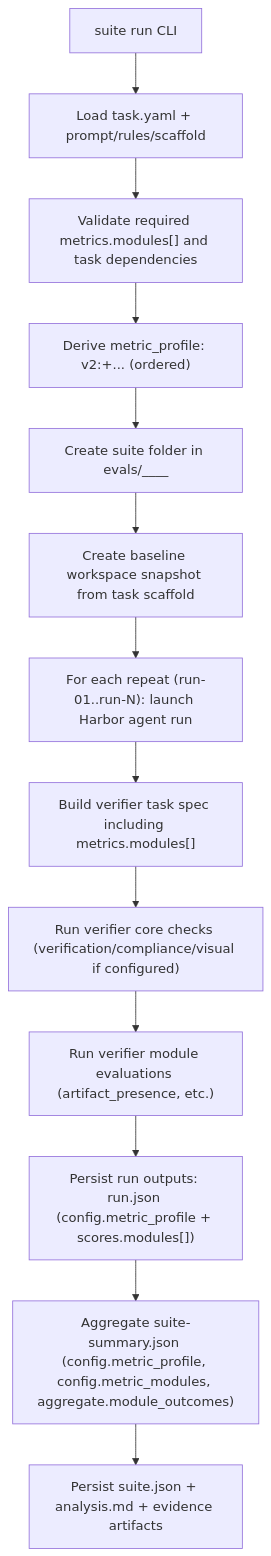
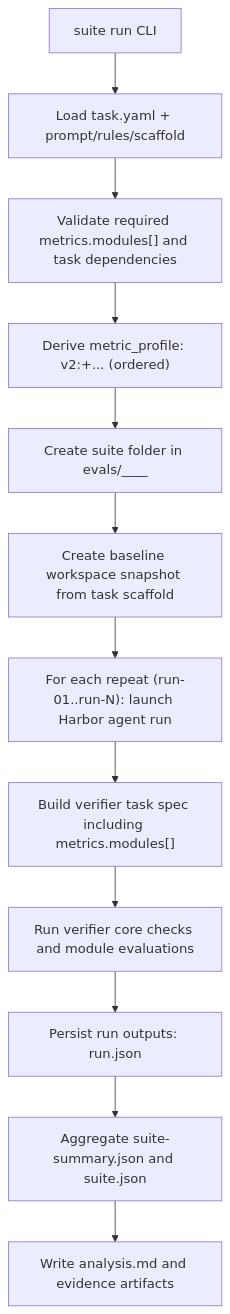
One commit to adam-jackson-cf/raidar changed the diagram in README.md. Above: the diagram before and after it, drawn with Mermaid. The commit also changed other lines of this file and 13 other files, not shown here.

````diff
--- a/README.md
+++ b/README.md
@@ -99,15 +75,14 @@
 ```mermaid
 flowchart TD
     A["suite run CLI"] --> B["Load task.yaml + prompt/rules/scaffold"]
     B --> C["Validate required metrics.modules[] and task dependencies"]
     C --> D["Derive metric_profile: v2:<module-id>+... (ordered)"]
     D --> E["Create suite folder in evals/<timestamp>__<task>__<version>"]
     E --> F["Create baseline workspace snapshot from task scaffold"]
     F --> G["For each repeat (run-01..run-N): launch Harbor agent run"]
     G --> H["Build verifier task spec including metrics.modules[]"]
-    H --> I["Run verifier core checks (verification/compliance/visual if configured)"]
-    I --> J["Run verifier module evaluations (artifact_presence, etc.)"]
-    J --> K["Persist run outputs: run.json (config.metric_profile + scores.modules[])"]
-    K --> L["Aggregate suite-summary.json (config.metric_profile, config.metric_modules, aggregate.module_outcomes)"]
-    L --> M["Persist suite.json + analysis.md + evidence artifacts"]
+    H --> I["Run verifier core checks and module evaluations"]
+    I --> J["Persist run outputs: run.json"]
+    J --> K["Aggregate suite-summary.json and suite.json"]
+    K --> L["Write analysis.md and evidence artifacts"]
 ```
````
